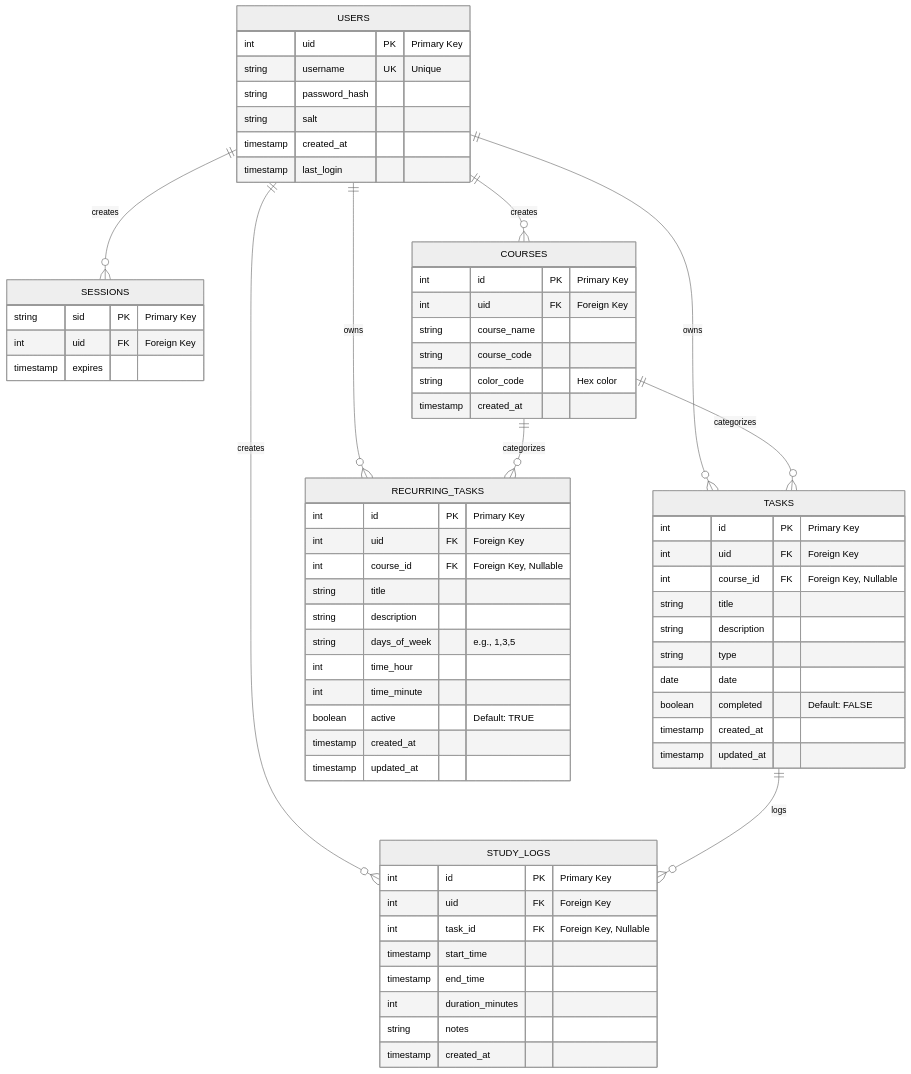
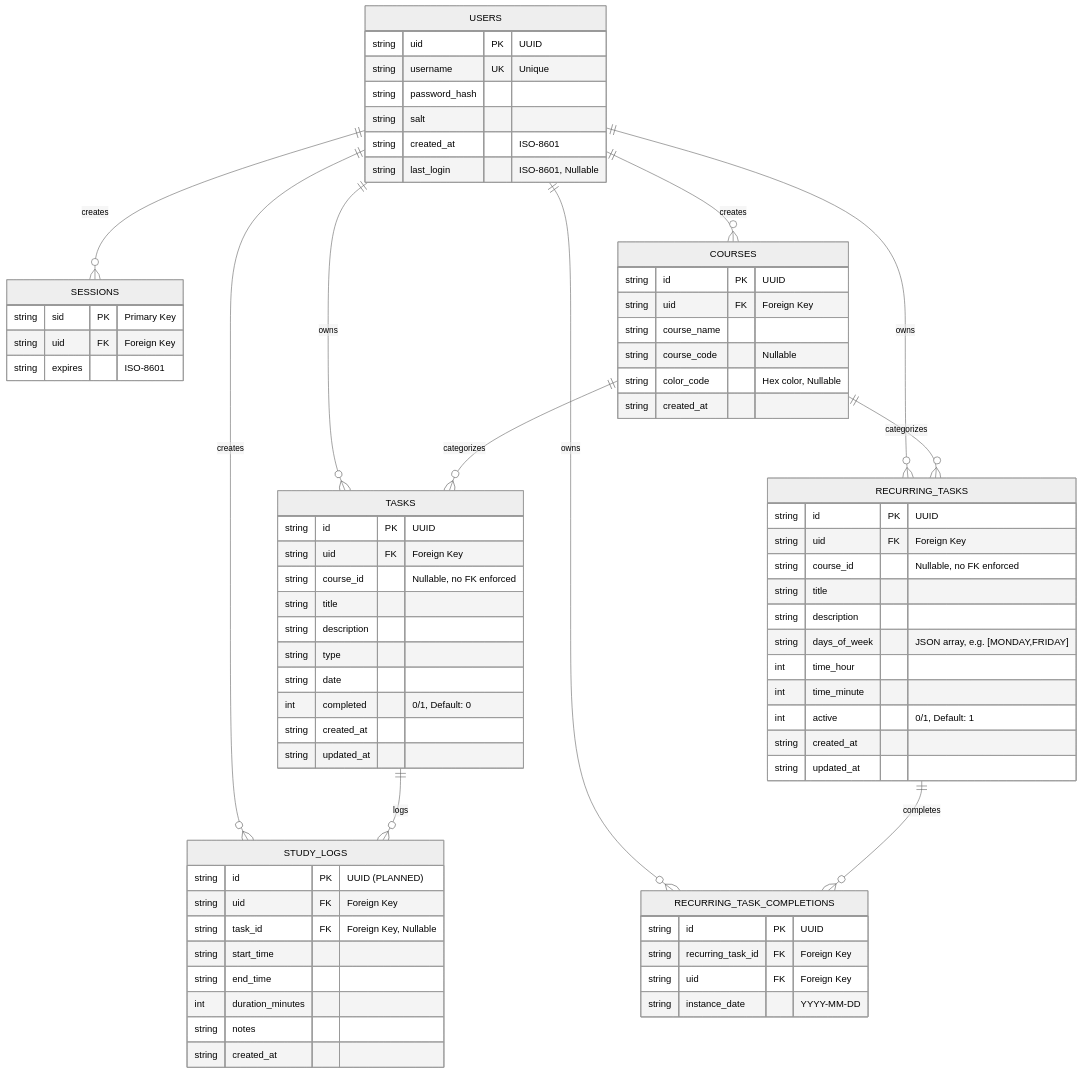
The diagram in DATABASE_SCHEMA_ERD.md (ParsaSla/Planner-App), drawn with Mermaid (neutral theme) before and after one commit. The commit also changed other lines of this file and 1 other file, not shown here.

Commit message:
docs: sync database ERD and SQL with implemented schema
Correct ID/timestamp/boolean types to match SQLite reality, document the
recurring_task_completions table and course_id columns, and mark study_logs
as planned.

````diff
--- a/DATABASE_SCHEMA_ERD.md
+++ b/DATABASE_SCHEMA_ERD.md
@@ -5,73 +10,82 @@
 ```mermaid
 erDiagram
     USERS ||--o{ SESSIONS : creates
     USERS ||--o{ TASKS : owns
     USERS ||--o{ RECURRING_TASKS : owns
     USERS ||--o{ COURSES : creates
+    USERS ||--o{ RECURRING_TASK_COMPLETIONS : owns
     USERS ||--o{ STUDY_LOGS : creates
     COURSES ||--o{ TASKS : categorizes
     COURSES ||--o{ RECURRING_TASKS : categorizes
+    RECURRING_TASKS ||--o{ RECURRING_TASK_COMPLETIONS : completes
     TASKS ||--o{ STUDY_LOGS : logs
 
     USERS {
-        int uid PK "Primary Key"
+        string uid PK "UUID"
         string username UK "Unique"
         string password_hash
         string salt
-        timestamp created_at
-        timestamp last_login
+        string created_at "ISO-8601"
+        string last_login "ISO-8601, Nullable"
     }
 
     SESSIONS {
         string sid PK "Primary Key"
-        int uid FK "Foreign Key"
-        timestamp expires
+        string uid FK "Foreign Key"
+        string expires "ISO-8601"
     }
 
     TASKS {
-        int id PK "Primary Key"
-        int uid FK "Foreign Key"
-        int course_id FK "Foreign Key, Nullable"
+        string id PK "UUID"
+        string uid FK "Foreign Key"
+        string course_id "Nullable, no FK enforced"
         string title
         string description
         string type
-        date date
-        boolean completed "Default: FALSE"
-        timestamp created_at
-        timestamp updated_at
+        string date
+        int completed "0/1, Default: 0"
+        string created_at
+        string updated_at
     }
 
     RECURRING_TASKS {
-        int id PK "Primary Key"
-        int uid FK "Foreign Key"
-        int course_id FK "Foreign Key, Nullable"
+        string id PK "UUID"
+        string uid FK "Foreign Key"
+        string course_id "Nullable, no FK enforced"
         string title
         string description
-        string days_of_week "e.g., 1,3,5"
+        string days_of_week "JSON array, e.g. [MONDAY,FRIDAY]"
         int time_hour
         int time_minute
-        boolean active "Default: TRUE"
-        timestamp created_at
-        timestamp updated_at
+        int active "0/1, Default: 1"
+        string created_at
+        string updated_at
+    }
+
+    RECURRING_TASK_COMPLETIONS {
+        string id PK "UUID"
+        string recurring_task_id FK "Foreign Key"
+        string uid FK "Foreign Key"
+        string instance_date "YYYY-MM-DD"
     }
 
     COURSES {
-        int id PK "Primary Key"
-        int uid FK "Foreign Key"
+        string id PK "UUID"
+        string uid FK "Foreign Key"
         string course_name
-        string course_code
-        string color_code "Hex color"
-        timestamp created_at
+        string course_code "Nullable"
+        string color_code "Hex color, Nullable"
+        string created_at
     }
 
     STUDY_LOGS {
-        int id PK "Primary Key"
-        int uid FK "Foreign Key"
-        int task_id FK "Foreign Key, Nullable"
-        timestamp start_time
-        timestamp end_time
+        string id PK "UUID (PLANNED)"
+        string uid FK "Foreign Key"
+        string task_id FK "Foreign Key, Nullable"
+        string start_time
+        string end_time
         int duration_minutes
         string notes
-        timestamp created_at
+        string created_at
     }
 ```
````
